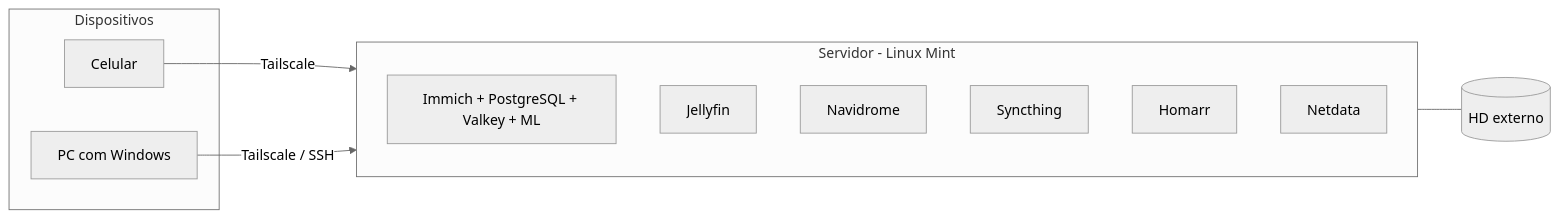
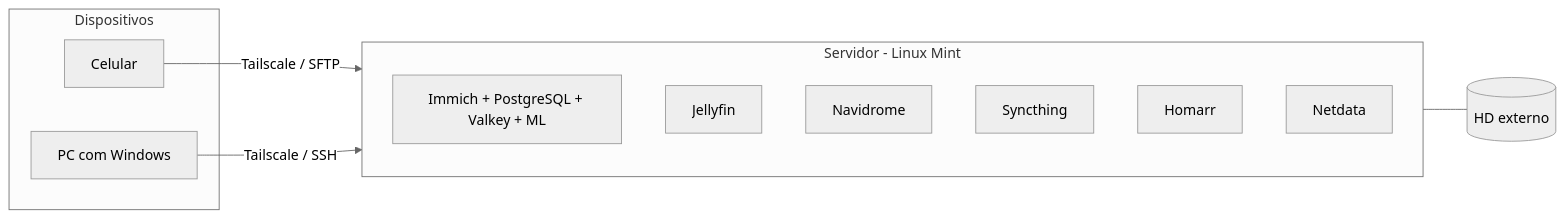
Before and after one commit to LeooGonsales/homelab: the diagram in README.md, drawn with Mermaid (neutral theme). The commit also changed other lines of this file and 1 other file, not shown here.

````diff
--- a/README.md
+++ b/README.md
@@ -35,19 +35,19 @@
 ```mermaid
 flowchart LR
     subgraph Dispositivos
         cel[Celular]
         pc[PC com Windows]
     end
-    cel -- Tailscale --> srv
+    cel -- Tailscale / SFTP --> srv
     pc -- Tailscale / SSH --> srv
     subgraph srv[Servidor - Linux Mint]
         direction TB
         immich[Immich + PostgreSQL + Valkey + ML]
         jelly[Jellyfin]
         navi[Navidrome]
         sync[Syncthing]
         homarr[Homarr]
         net[Netdata]
     end
     srv --- hd[(HD externo)]
 ```
````
